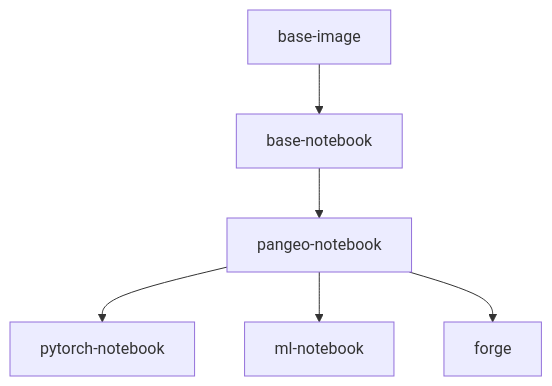
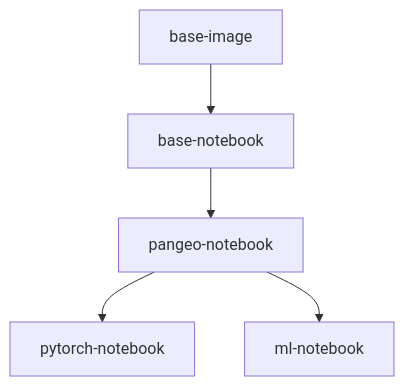
The diagram in README.md (pangeo-data/pangeo-docker-images), drawn with Mermaid before and after one commit. The commit also changed other lines of this file and 14 other files, not shown here.

First line of the commit message:
Get rid of the pangeo-forge image (#477)

````diff
--- a/README.md
+++ b/README.md
@@ -25,14 +24,12 @@
 ```mermaid
 graph TD;
     base-image-->base-notebook;
     base-notebook-->pangeo-notebook;
     pangeo-notebook-->pytorch-notebook;
     pangeo-notebook-->ml-notebook;
-    pangeo-notebook-->forge;
     click base-image "https://hub.docker.com/r/pangeo/base-image" "Open this in a new tab" _blank
     click base-notebook "https://hub.docker.com/r/pangeo/base-notebook" "Open this in a new tab" _blank
     click pangeo-notebook "https://hub.docker.com/r/pangeo/pangeo-notebook" "Open this in a new tab" _blank
     click pytorch-notebook "https://hub.docker.com/r/pangeo/pytorch-notebook" "Open this in a new tab" _blank
     click ml-notebook "https://hub.docker.com/r/pangeo/ml-notebook" "Open this in a new tab" _blank
-    click forge "https://hub.docker.com/r/pangeo/forge" "Open this in a new tab" _blank
 ```
````
